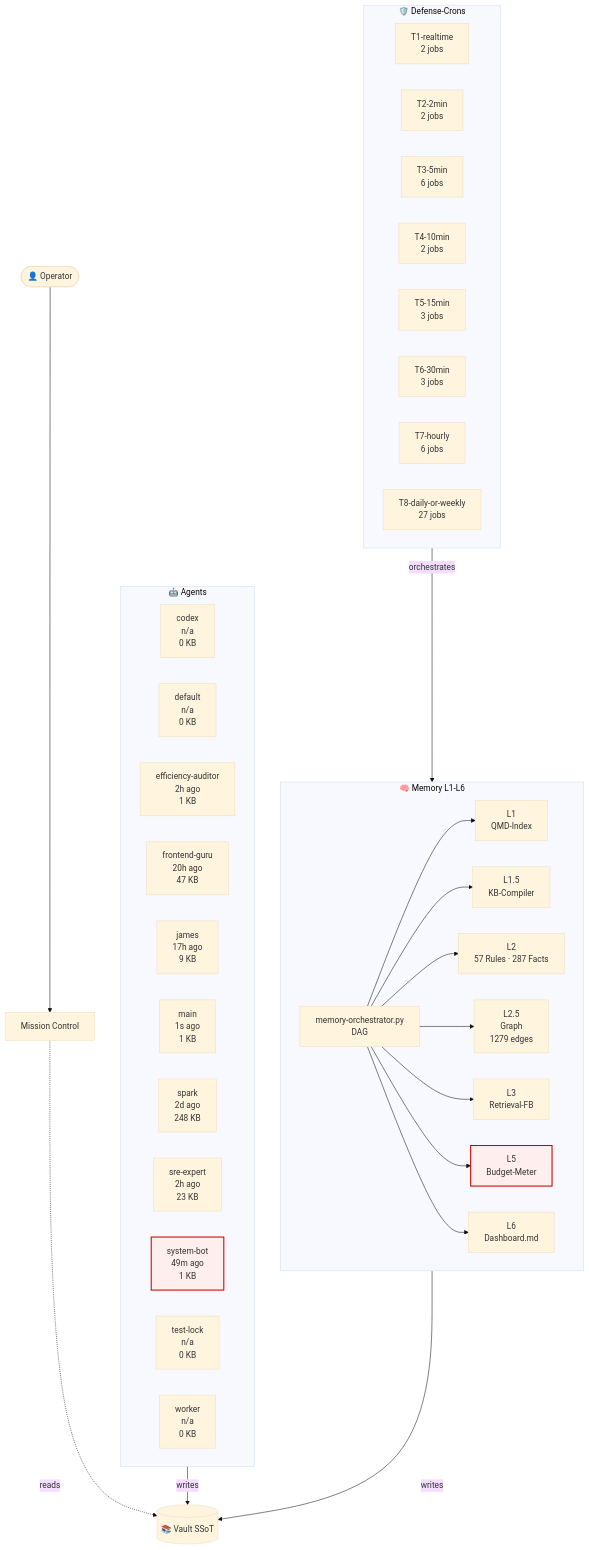
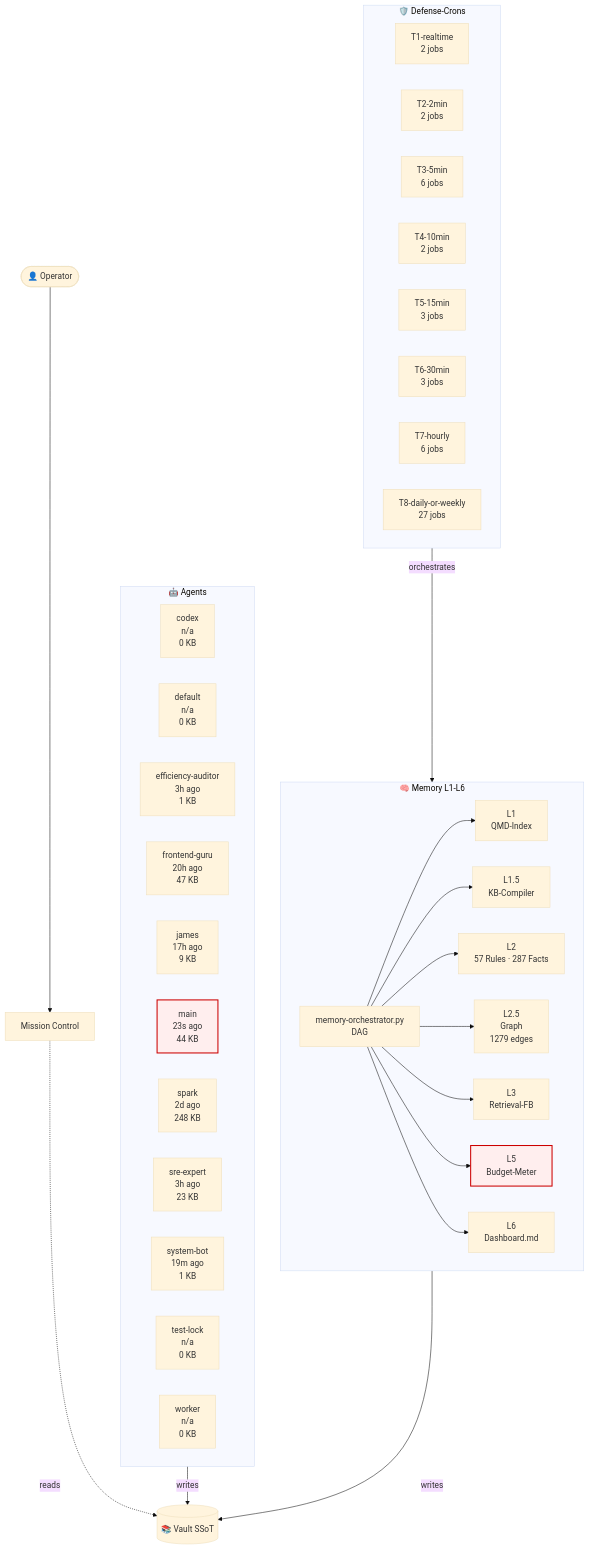
The diagram in 03-Agents/architecture-live.md (lenardhuebner88-rgb/openclaw-memory), drawn with Mermaid (base theme) before and after one commit. The commit also changed other lines of this file and 15 other files, not shown here.

````diff
--- a/03-Agents/architecture-live.md
+++ b/03-Agents/architecture-live.md
@@ -18,54 +18,54 @@
 ```mermaid
 flowchart TB
     classDef critical fill:#fee,stroke:#c00,stroke-width:2px;
     subgraph AGT["🤖 Agents"]
         agent_codex["codex<br/>n/a<br/>0 KB"]
         agent_default["default<br/>n/a<br/>0 KB"]
-        agent_efficiency_auditor["efficiency-auditor<br/>2h ago<br/>1 KB"]
+        agent_efficiency_auditor["efficiency-auditor<br/>3h ago<br/>1 KB"]
         agent_frontend_guru["frontend-guru<br/>20h ago<br/>47 KB"]
         agent_james["james<br/>17h ago<br/>9 KB"]
-        agent_main["main<br/>1s ago<br/>1 KB"]
+        agent_main["main<br/>23s ago<br/>44 KB"]
         agent_spark["spark<br/>2d ago<br/>248 KB"]
-        agent_sre_expert["sre-expert<br/>2h ago<br/>23 KB"]
-        agent_system_bot["system-bot<br/>49m ago<br/>1 KB"]
+        agent_sre_expert["sre-expert<br/>3h ago<br/>23 KB"]
+        agent_system_bot["system-bot<br/>19m ago<br/>1 KB"]
         agent_test_lock["test-lock<br/>n/a<br/>0 KB"]
         agent_worker["worker<br/>n/a<br/>0 KB"]
     end
     subgraph MEM["🧠 Memory L1-L6"]
         L1["L1<br/>QMD-Index"]
         L15["L1.5<br/>KB-Compiler"]
         L2["L2<br/>57 Rules · 287 Facts"]
         L25["L2.5<br/>Graph<br/>1279 edges"]
         L3["L3<br/>Retrieval-FB"]
         L5["L5<br/>Budget-Meter"]
         L6["L6<br/>Dashboard.md"]
         ORCH["memory-orchestrator.py<br/>DAG"]
     end
     subgraph CRN["🛡️ Defense-Crons"]
         tier_T1_realtime["T1-realtime<br/>2 jobs"]
         tier_T2_2min["T2-2min<br/>2 jobs"]
         tier_T3_5min["T3-5min<br/>6 jobs"]
         tier_T4_10min["T4-10min<br/>2 jobs"]
         tier_T5_15min["T5-15min<br/>3 jobs"]
         tier_T6_30min["T6-30min<br/>3 jobs"]
         tier_T7_hourly["T7-hourly<br/>6 jobs"]
         tier_T8_daily_or_weekly["T8-daily-or-weekly<br/>27 jobs"]
     end
     VAULT[("📚 Vault SSoT")]
     OP([👤 Operator])
     MC["Mission Control"]
     OP --> MC
     MC -.reads.-> VAULT
     AGT -->|writes| VAULT
     MEM -->|writes| VAULT
     ORCH --> L1
     ORCH --> L15
     ORCH --> L2
     ORCH --> L25
     ORCH --> L3
     ORCH --> L5
     ORCH --> L6
     CRN -->|orchestrates| MEM
     class L5 critical
-    class agent_system_bot critical
+    class agent_main critical
 ```
````
